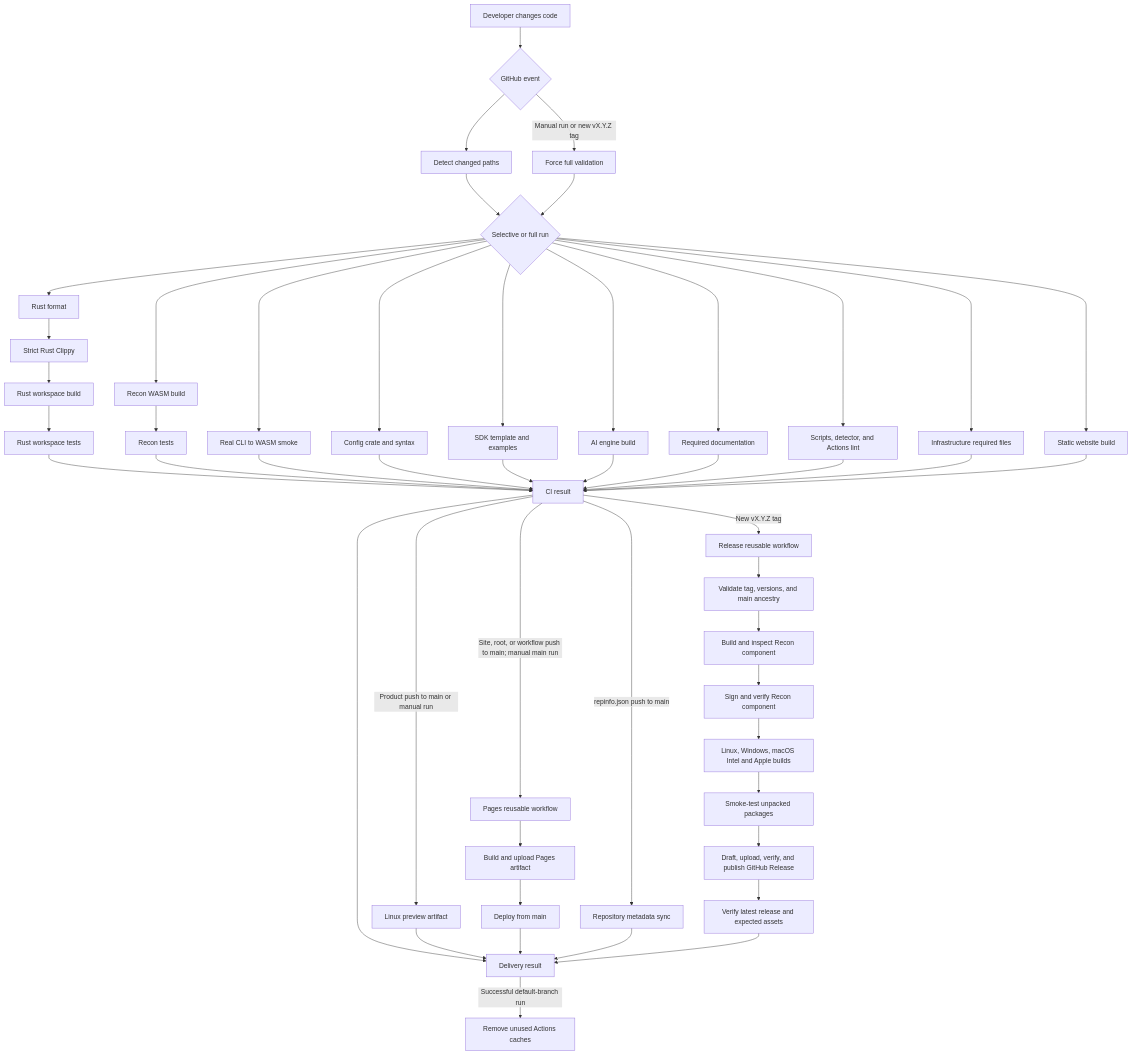
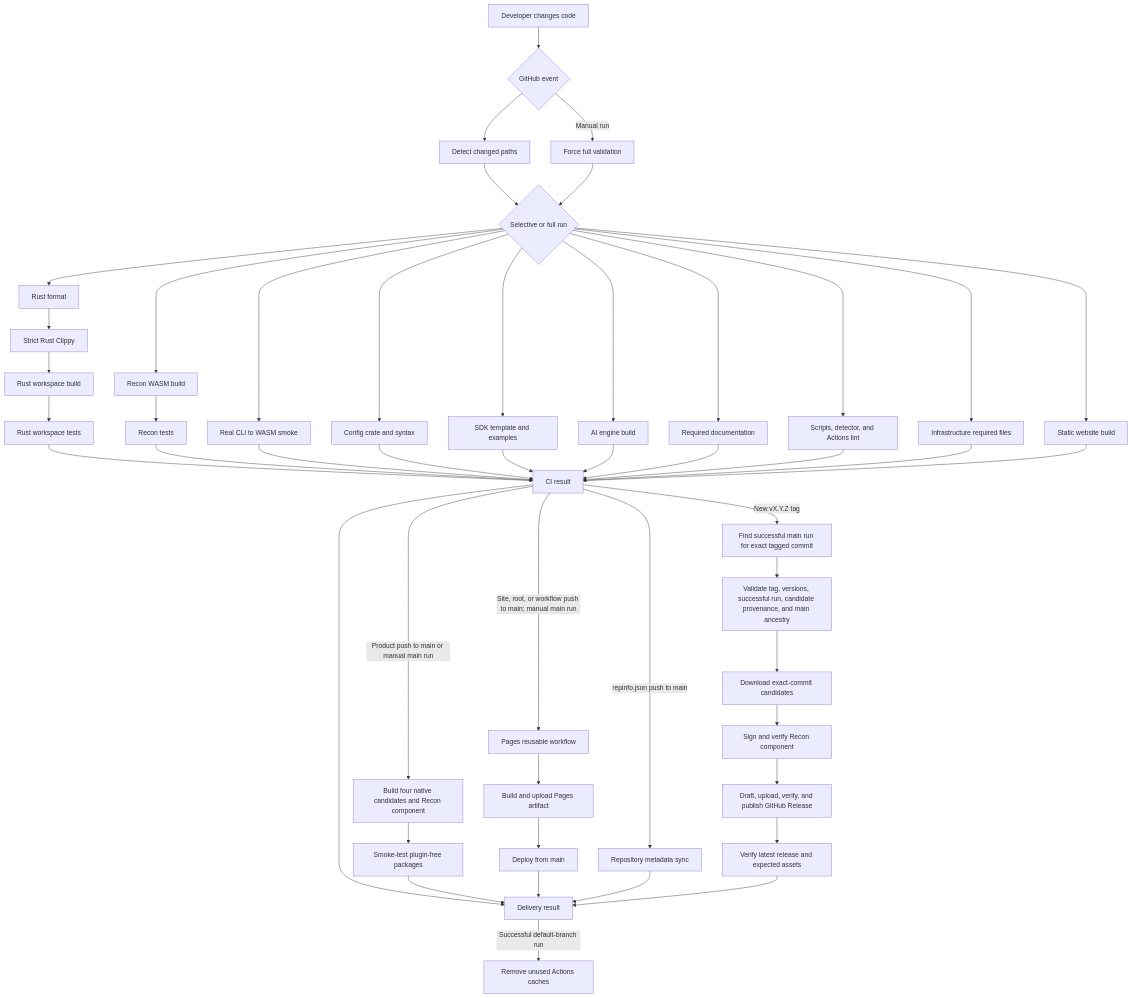
The diagram in docs/development/CI_DELIVERY.md (anonto42/poly.glid_security_workspace), drawn with Mermaid before and after one commit. The commit also changed other lines of this file and 9 other files, not shown here.

Commit message:
perf(ci): streamline candidate and release delivery

````diff
--- a/docs/development/CI_DELIVERY.md
+++ b/docs/development/CI_DELIVERY.md
@@ -10,57 +10,56 @@
 ```mermaid
 flowchart TD
     Change[Developer changes code] --> Event{GitHub event}
     Event --> Detect[Detect changed paths]
     Detect --> Scope{Selective or full run}
-    Event -->|Manual run or new vX.Y.Z tag| Full[Force full validation]
+    Event -->|Manual run| Full[Force full validation]
     Full --> Scope
 
     Scope --> Format[Rust format]
     Format --> Clippy[Strict Rust Clippy]
     Clippy --> Build[Rust workspace build]
     Build --> Tests[Rust workspace tests]
 
     Scope --> WasmBuild[Recon WASM build]
     WasmBuild --> WasmTests[Recon tests]
     Scope --> Smoke[Real CLI to WASM smoke]
     Scope --> Config[Config crate and syntax]
     Scope --> SDK[SDK template and examples]
     Scope --> AI[AI engine build]
     Scope --> Docs[Required documentation]
     Scope --> Ops[Scripts, detector, and Actions lint]
     Scope --> Infra[Infrastructure required files]
     Scope --> Site[Static website build]
 
     Tests --> Result[CI result]
     WasmTests --> Result
     Smoke --> Result
     Config --> Result
     SDK --> Result
     AI --> Result
     Docs --> Result
     Ops --> Result
     Infra --> Result
     Site --> Result
 
     Result --> Delivery[Delivery result]
-    Result -->|Product push to main or manual run| Preview[Linux preview artifact]
+    Result -->|Product push to main or manual main run| Candidates[Build four native candidates and Recon component]
     Result -->|Site, root, or workflow push to main; manual main run| Pages[Pages reusable workflow]
     Result -->|repinfo.json push to main| Metadata[Repository metadata sync]
-    Result -->|New vX.Y.Z tag| Release[Release reusable workflow]
+    Result -->|New vX.Y.Z tag| Resolve[Find successful main run for exact tagged commit]
 
     Pages --> PagesBuild[Build and upload Pages artifact]
     PagesBuild --> PagesDeploy[Deploy from main]
-    Release --> Preflight[Validate tag, versions, and main ancestry]
-    Preflight --> Plugin[Build and inspect Recon component]
-    Plugin --> Sign[Sign and verify Recon component]
-    Sign --> Matrix[Linux, Windows, macOS Intel and Apple builds]
-    Matrix --> PackageSmoke[Smoke-test unpacked packages]
-    PackageSmoke --> Publish[Draft, upload, verify, and publish GitHub Release]
+    Candidates --> CandidateSmoke[Smoke-test plugin-free packages]
+    CandidateSmoke --> Delivery
+    Resolve --> Preflight[Validate tag, versions, successful run, candidate provenance, and main ancestry]
+    Preflight --> Promote[Download exact-commit candidates]
+    Promote --> Sign[Sign and verify Recon component]
+    Sign --> Publish[Draft, upload, verify, and publish GitHub Release]
     Publish --> VerifyLatest[Verify latest release and expected assets]
 
-    Preview --> Delivery
     PagesDeploy --> Delivery
     Metadata --> Delivery
     VerifyLatest --> Delivery
     Delivery -->|Successful default-branch run| Cache[Remove unused Actions caches]
 ```
````
